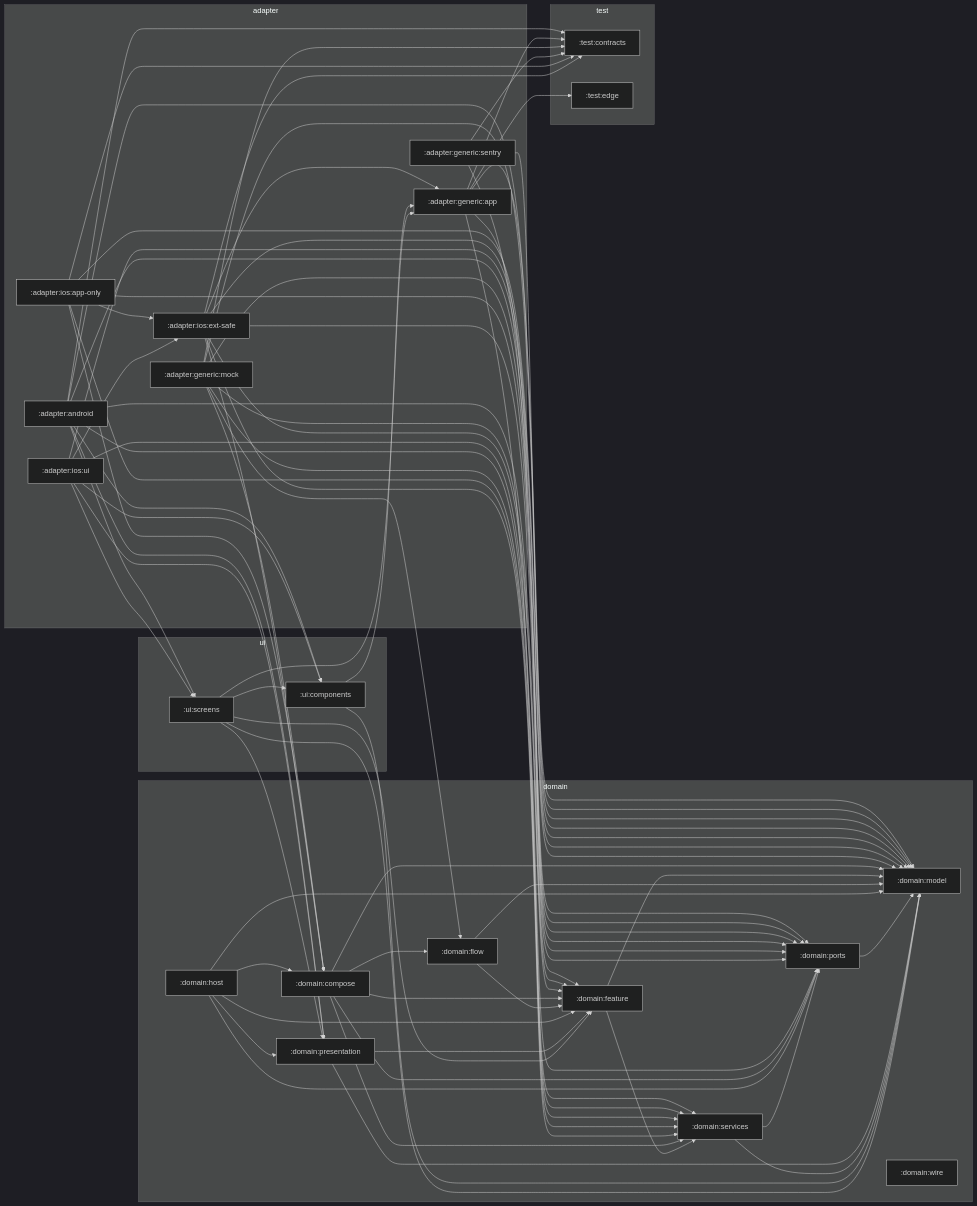
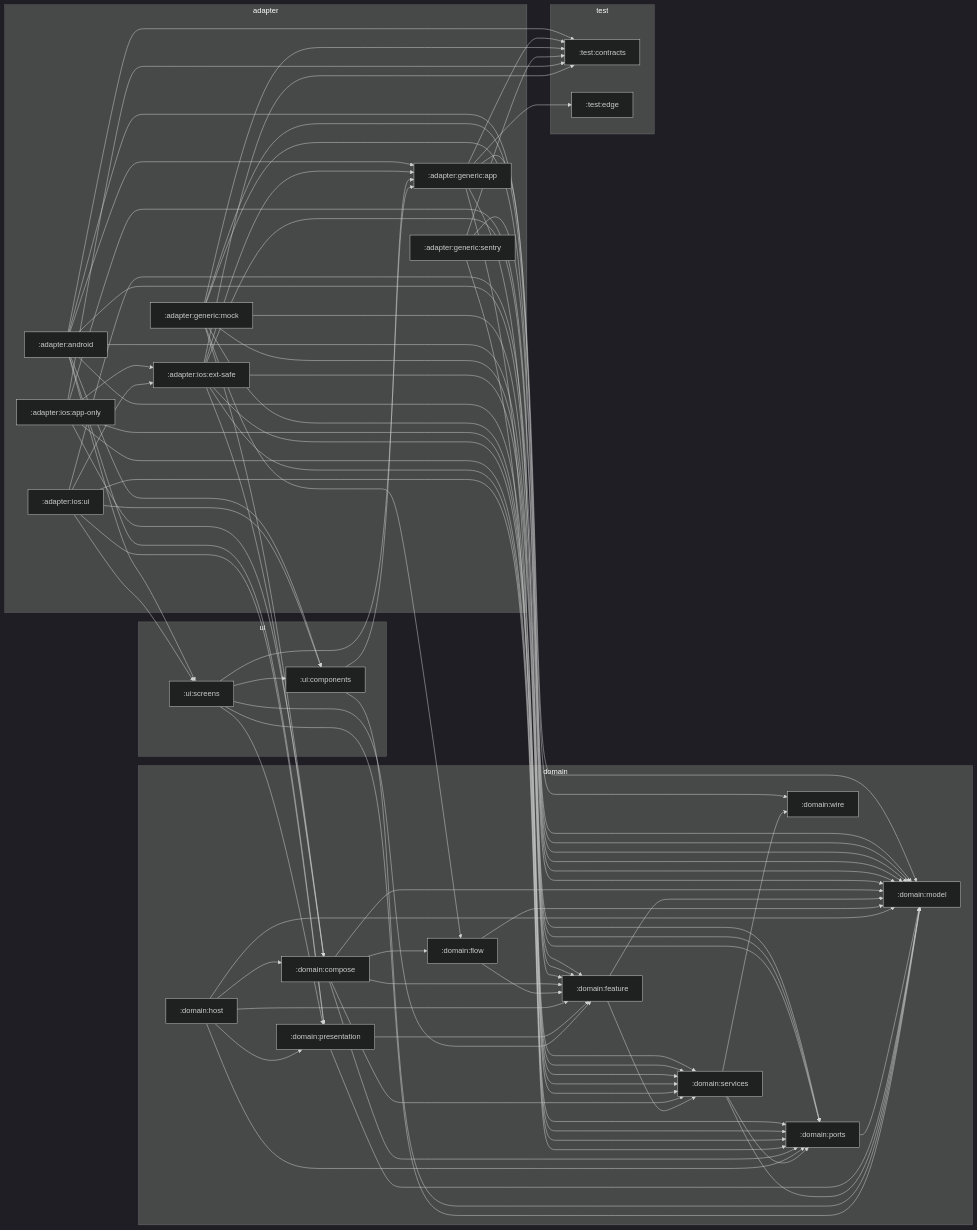
Before and after one commit to stefanhoelzl/SnapSync: the diagram in architecture/zones.md, drawn with Mermaid (dark theme). The commit also changed 128 other files, not shown here.

```diff
--- a/architecture/zones.md
+++ b/architecture/zones.md
@@ -35,6 +35,7 @@
     ui_components[":ui:components"]
     ui_screens[":ui:screens"]
   end
+  adapter_android --> adapter_generic_app
   adapter_android --> domain_feature
   adapter_android --> domain_model
   adapter_android --> domain_ports
@@ -54,6 +55,7 @@
   adapter_generic_mock --> domain_model
   adapter_generic_mock --> domain_ports
   adapter_generic_mock --> domain_services
+  adapter_generic_mock --> domain_wire
   adapter_generic_mock --> test_contracts
   adapter_generic_sentry --> domain_model
   adapter_generic_sentry --> domain_ports
@@ -96,6 +98,7 @@
   domain_presentation --> domain_model
   domain_services --> domain_model
   domain_services --> domain_ports
+  domain_services --> domain_wire
   ui_components --> adapter_generic_app
   ui_components --> domain_model
   ui_screens --> adapter_generic_app
```
